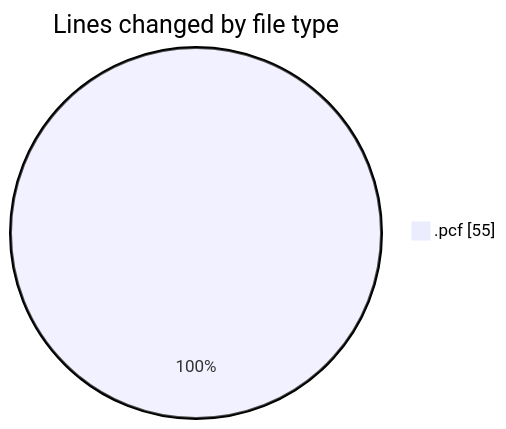
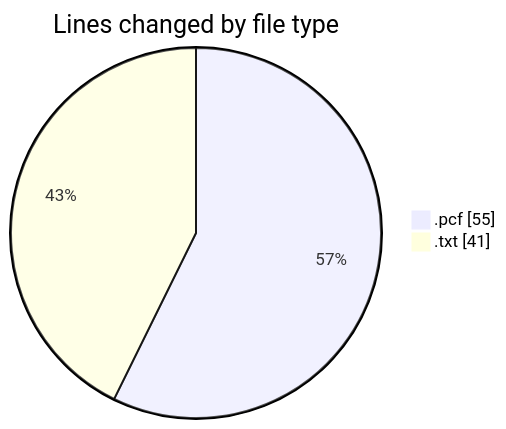
One commit to ricardozamudiocil/code-tracking changed the first of 2 diagrams in 2026-10-06/informesdocpath/README.md. Above: the diagram before and after it, drawn with Mermaid. The commit also changed other lines of this file and 1 other file, not shown here.

````diff
--- a/2026-10-06/informesdocpath/README.md
+++ b/2026-10-06/informesdocpath/README.md
@@ -20,5 +21,6 @@
 ```mermaid
 pie showData
 title Lines changed by file type
 ".pcf" : 55
+".txt" : 41
 ```
````
